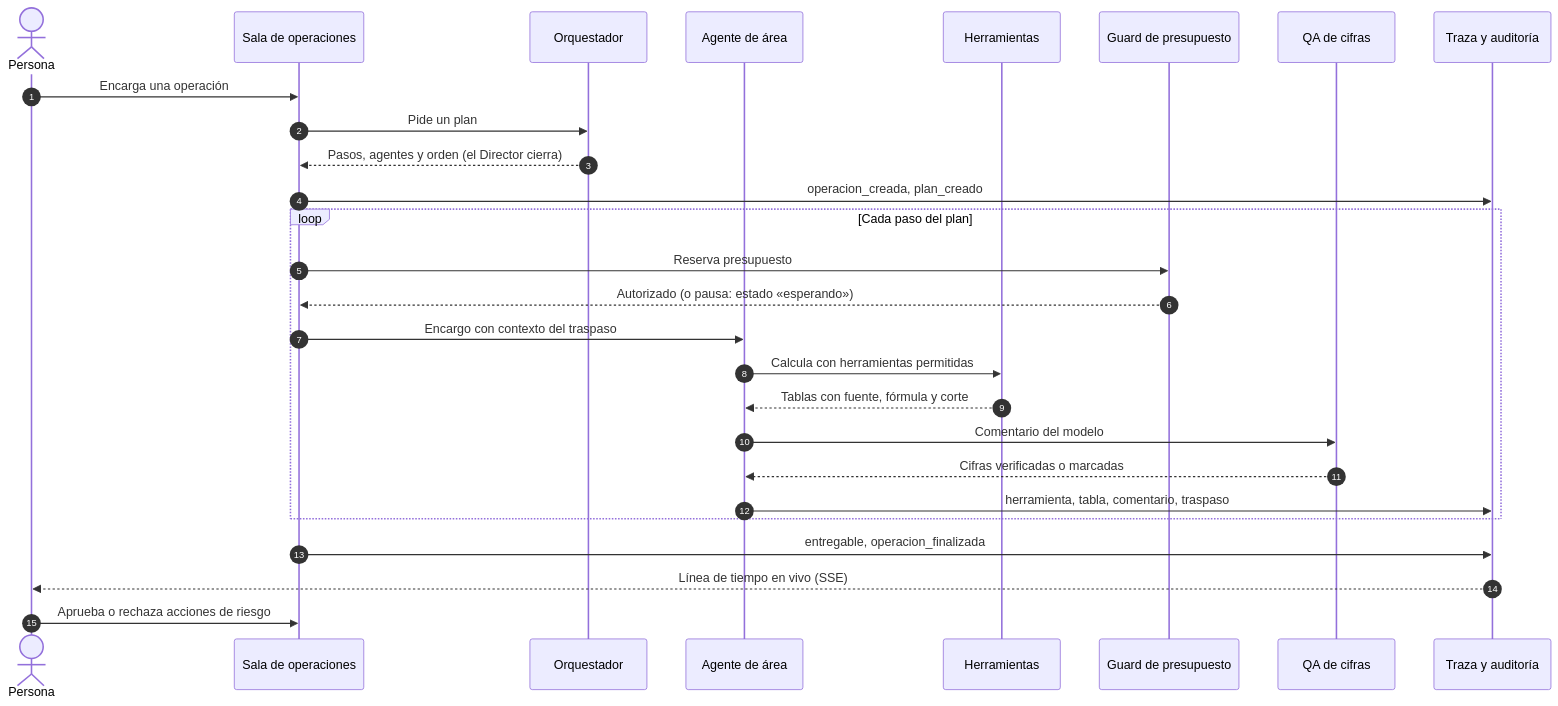
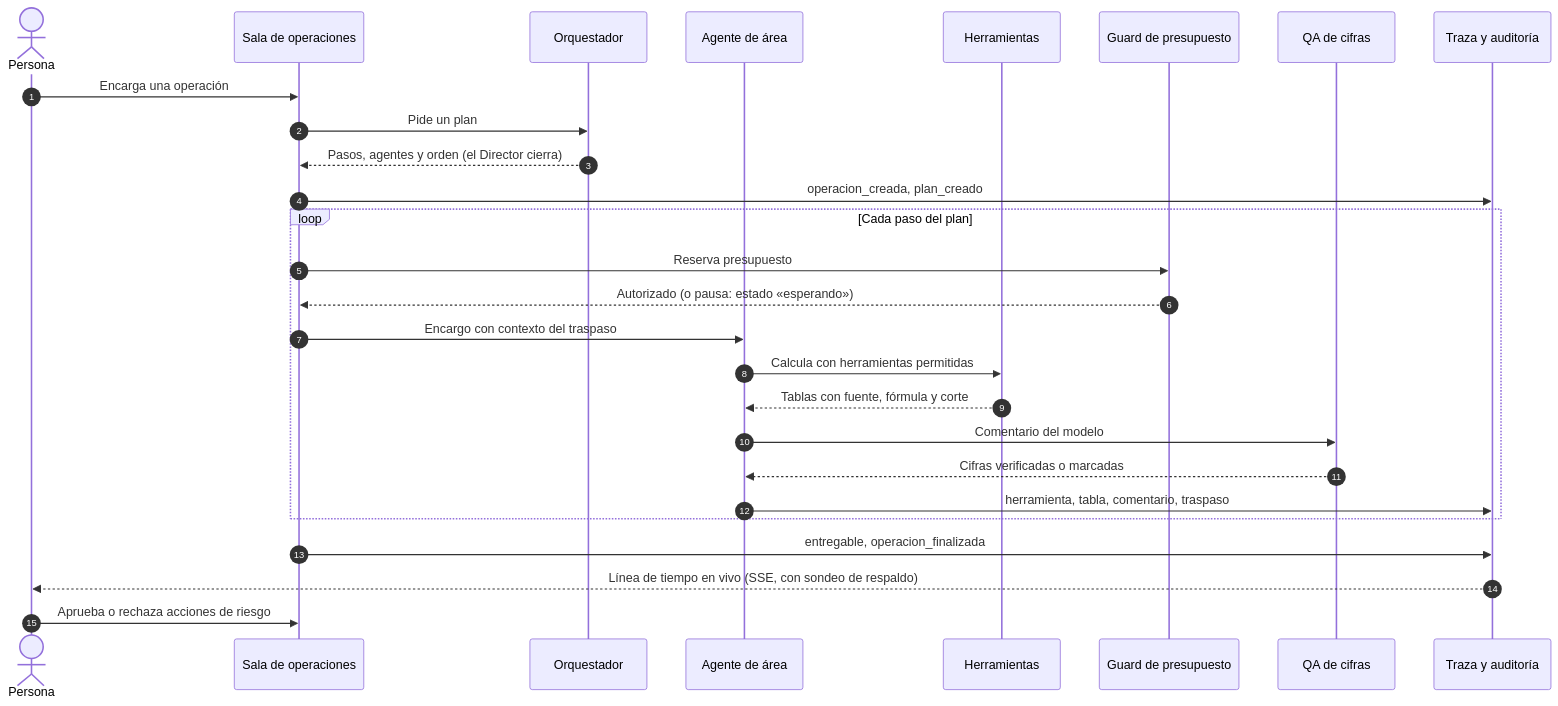
The second of 4 diagrams in docs/estructura.md (jamil73jev/Oficina-Virtual-SIGF), drawn with Mermaid before and after one commit. The commit also changed 13 other files, not shown here.

````diff
--- a/docs/estructura.md
+++ b/docs/estructura.md
@@ -83,30 +83,30 @@
 ```mermaid
 sequenceDiagram
     autonumber
     actor P as Persona
     participant S as Sala de operaciones
     participant O as Orquestador
     participant A as Agente de área
     participant H as Herramientas
     participant G as Guard de presupuesto
     participant Q as QA de cifras
     participant T as Traza y auditoría
 
     P->>S: Encarga una operación
     S->>O: Pide un plan
     O-->>S: Pasos, agentes y orden (el Director cierra)
     S->>T: operacion_creada, plan_creado
     loop Cada paso del plan
         S->>G: Reserva presupuesto
         G-->>S: Autorizado (o pausa: estado «esperando»)
         S->>A: Encargo con contexto del traspaso
         A->>H: Calcula con herramientas permitidas
         H-->>A: Tablas con fuente, fórmula y corte
         A->>Q: Comentario del modelo
         Q-->>A: Cifras verificadas o marcadas
         A->>T: herramienta, tabla, comentario, traspaso
     end
     S->>T: entregable, operacion_finalizada
-    T-->>P: Línea de tiempo en vivo (SSE)
+    T-->>P: Línea de tiempo en vivo (SSE, con sondeo de respaldo)
     P->>S: Aprueba o rechaza acciones de riesgo
 ```
````
